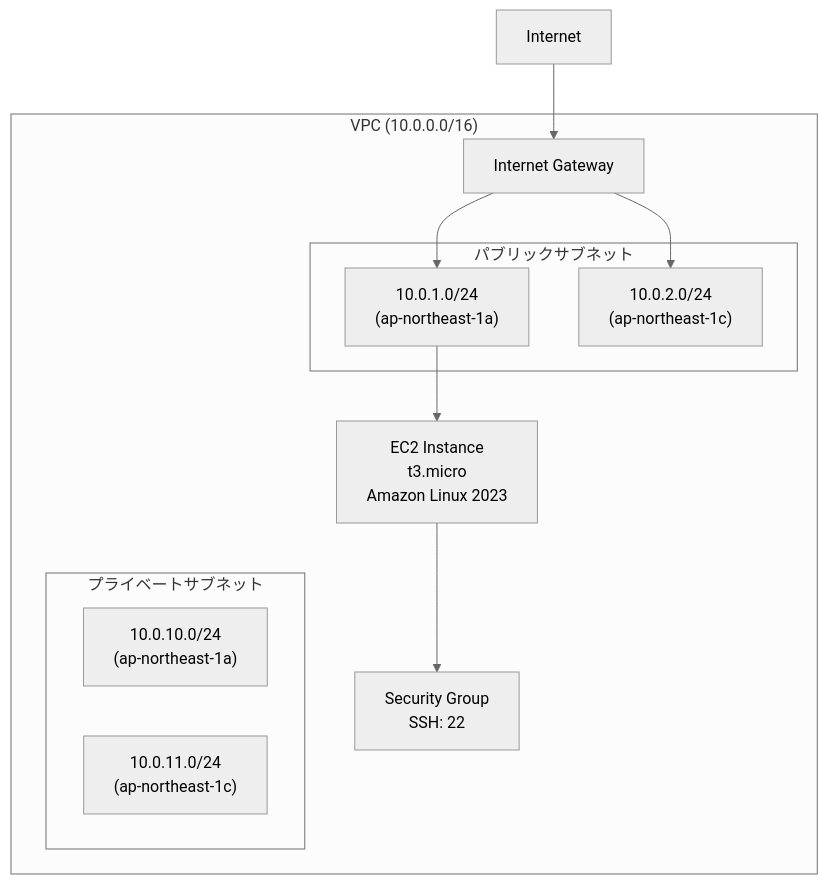
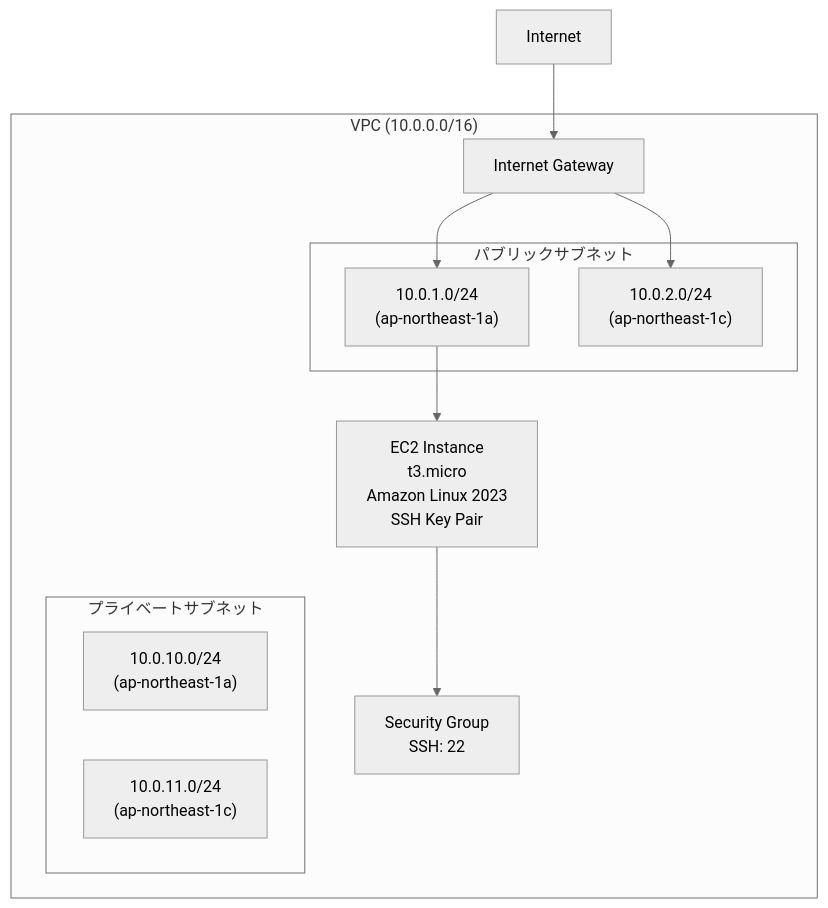
One commit to kifujii/ai_agentic_development changed the diagram in docs/session_guides/session2_guide.md. Above: the diagram before and after it, drawn with Mermaid (neutral theme). The commit also changed other lines of this file and 41 other files, not shown here.

````diff
--- a/docs/session_guides/session2_guide.md
+++ b/docs/session_guides/session2_guide.md
@@ -21,26 +21,26 @@
 ```mermaid
 graph TB
     subgraph VPC["VPC (10.0.0.0/16)"]
         IGW[Internet Gateway]
         
         subgraph PublicSubnets["パブリックサブネット"]
             PublicSubnet1["10.0.1.0/24<br/>(ap-northeast-1a)"]
             PublicSubnet2["10.0.2.0/24<br/>(ap-northeast-1c)"]
         end
         
         subgraph PrivateSubnets["プライベートサブネット"]
             PrivateSubnet1["10.0.10.0/24<br/>(ap-northeast-1a)"]
             PrivateSubnet2["10.0.11.0/24<br/>(ap-northeast-1c)"]
         end
         
-        EC2[EC2 Instance<br/>t3.micro<br/>Amazon Linux 2023]
+        EC2["EC2 Instance<br/>t3.micro<br/>Amazon Linux 2023<br/>SSH Key Pair"]
         SG[Security Group<br/>SSH: 22]
         
         IGW --> PublicSubnet1
         IGW --> PublicSubnet2
         PublicSubnet1 --> EC2
         EC2 --> SG
     end
     
     Internet[Internet] --> IGW
 ```
````
